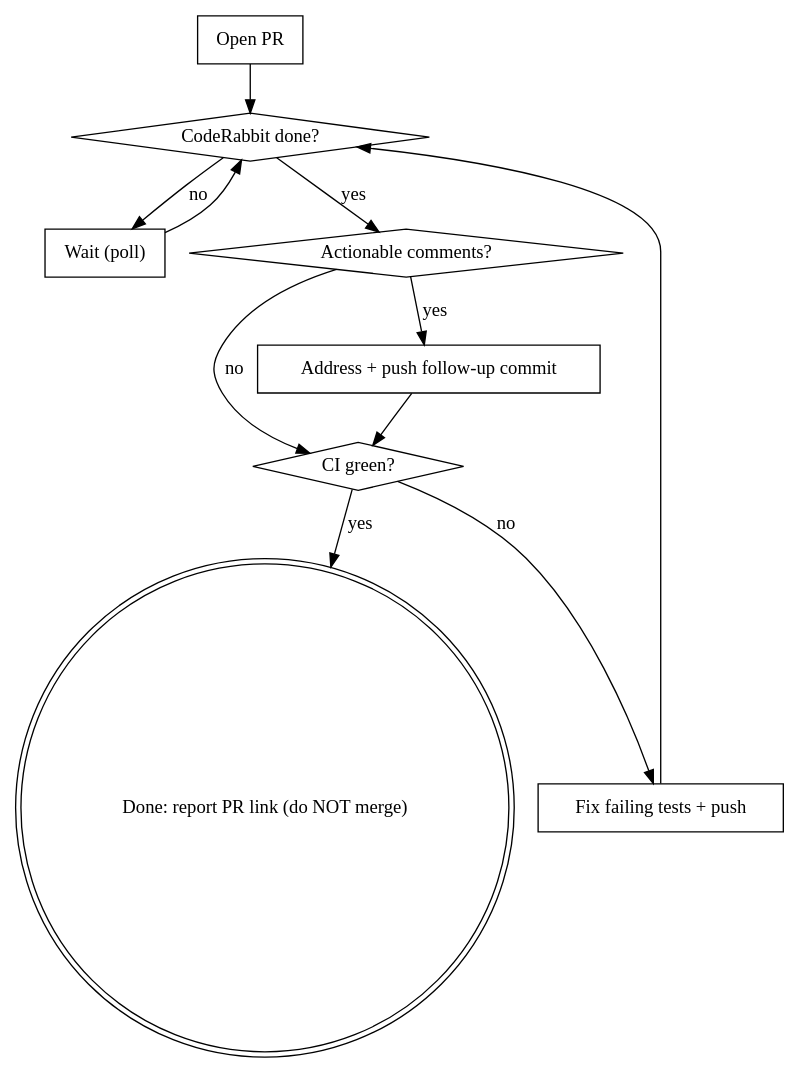
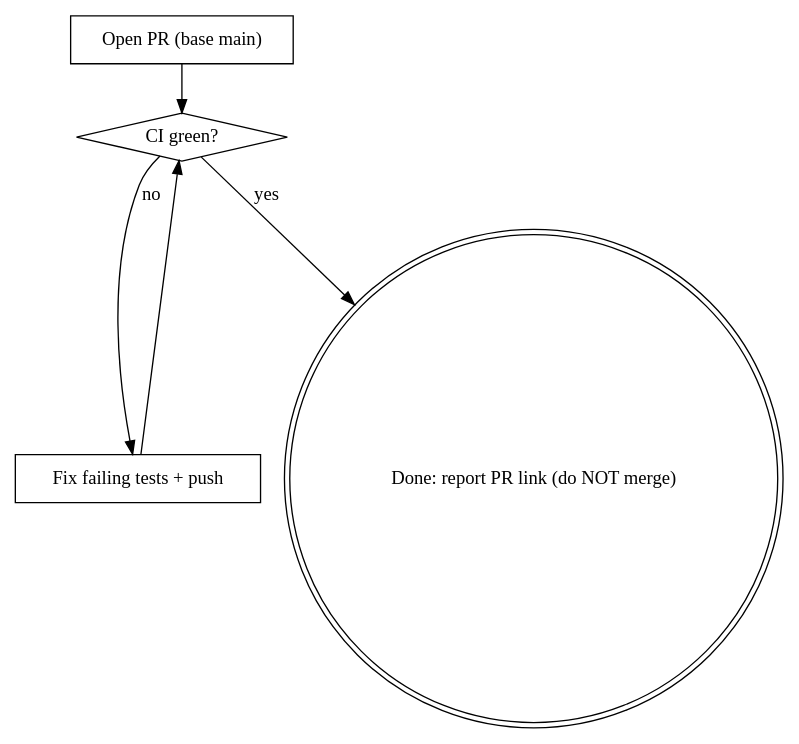
One commit to project-ax/ax-next changed the second of 2 diagrams in .claude/skills/yolo-ship/SKILL.md. Above: the diagram before and after it, drawn with Graphviz. The commit also changed other lines of this file and 17 other files, not shown here.

````diff
--- a/.claude/skills/yolo-ship/SKILL.md
+++ b/.claude/skills/yolo-ship/SKILL.md
@@ -62,23 +97,13 @@
 ```dot
 digraph ship {
-    "Open PR" [shape=box];
-    "CodeRabbit done?" [shape=diamond];
-    "Wait (poll)" [shape=box];
-    "Actionable comments?" [shape=diamond];
-    "Address + push follow-up commit" [shape=box];
+    "Open PR (base main)" [shape=box];
     "CI green?" [shape=diamond];
     "Fix failing tests + push" [shape=box];
     "Done: report PR link (do NOT merge)" [shape=doublecircle];
 
-    "Open PR" -> "CodeRabbit done?";
-    "CodeRabbit done?" -> "Wait (poll)" [label="no"];
-    "Wait (poll)" -> "CodeRabbit done?";
-    "CodeRabbit done?" -> "Actionable comments?" [label="yes"];
-    "Actionable comments?" -> "Address + push follow-up commit" [label="yes"];
-    "Address + push follow-up commit" -> "CI green?";
-    "Actionable comments?" -> "CI green?" [label="no"];
+    "Open PR (base main)" -> "CI green?";
     "CI green?" -> "Fix failing tests + push" [label="no"];
-    "Fix failing tests + push" -> "CodeRabbit done?";
+    "Fix failing tests + push" -> "CI green?";
     "CI green?" -> "Done: report PR link (do NOT merge)" [label="yes"];
 }
 ```
````
